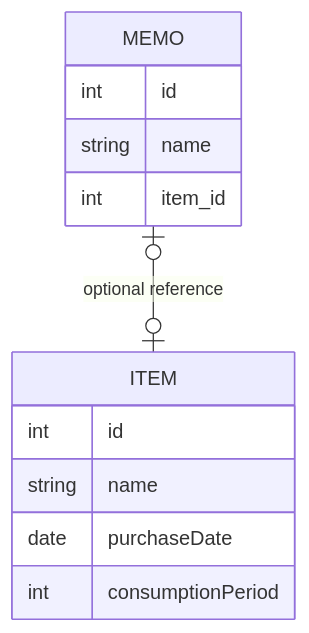
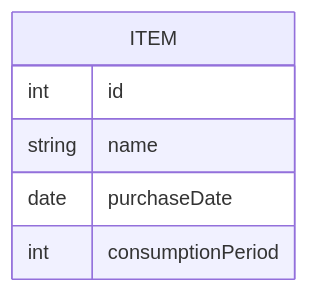
One commit to Kakumazaka/HACK-U changed the diagram in containers/README.md. Above: the diagram before and after it, drawn with Mermaid. The commit also changed 1 other file, not shown here.

Commit message:
なんかfrontendとbackendのフォルダ作ったけどコミットしても作られてなかったので自分で作ってやってください

````diff
--- a/containers/README.md
+++ b/containers/README.md
@@ -2,17 +2,9 @@
 ```mermaid
 erDiagram
-    MEMO {
-        int id
-        string name
-        int item_id
-    }
-    
     ITEM {
         int id
         string name
         date purchaseDate
         int consumptionPeriod
     }
-
-    MEMO |o--o| ITEM : "optional reference"
 ```
````
